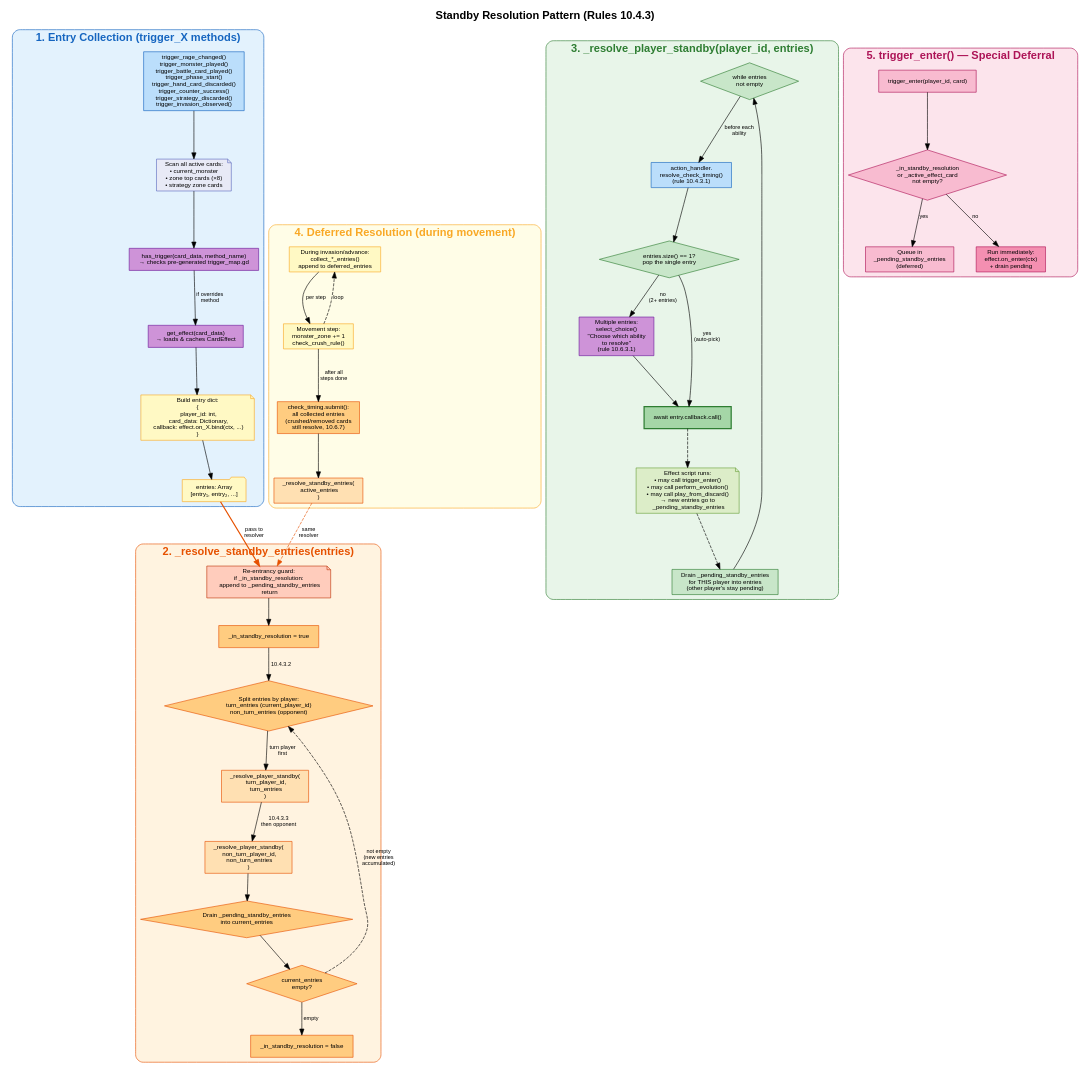
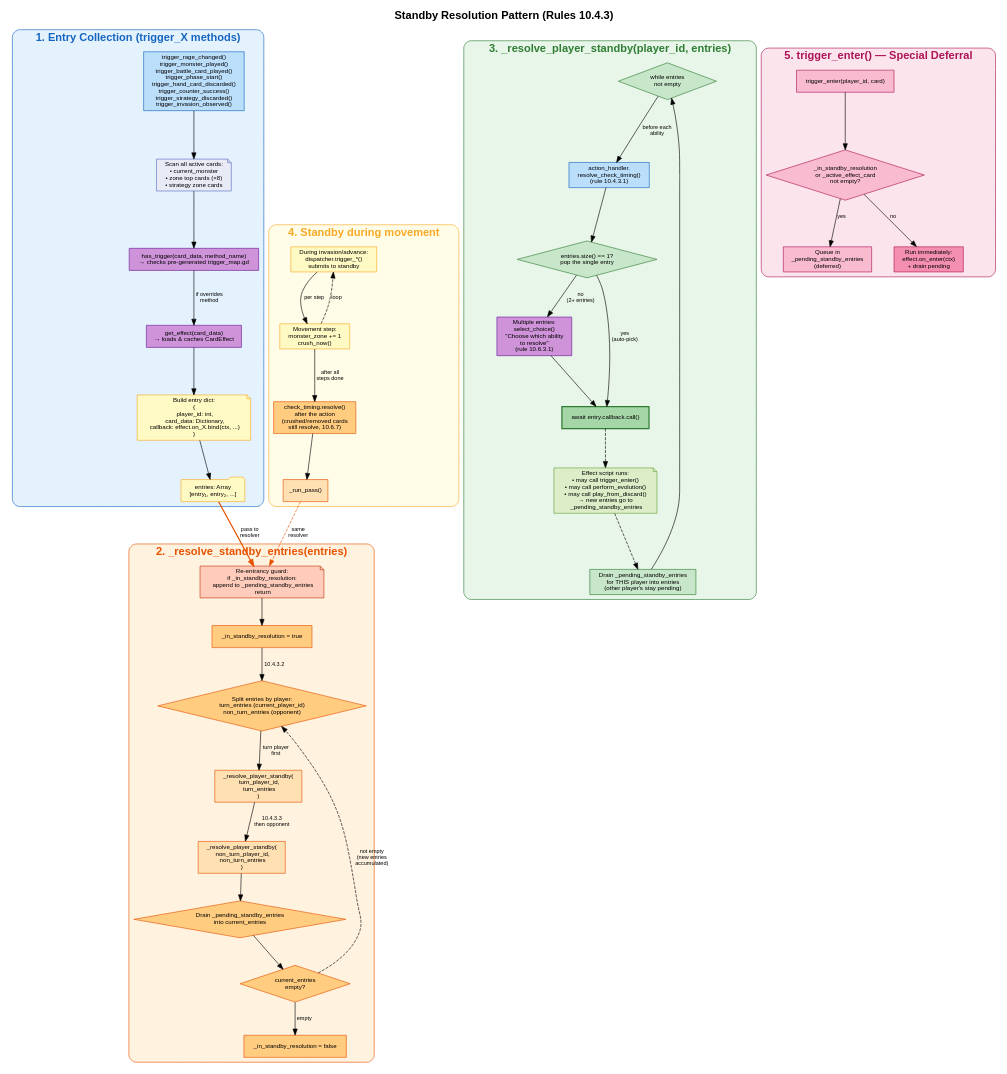
The diagram in docs/graphs/standby_resolution.dot (hunterdurbin/godzilla-sim), drawn with Graphviz before and after one commit. The commit also changed 39 other files, not shown here.

First line of the commit message:
Operations submit their own Standby; the dispatcher only takes reports (#286)

```diff
--- a/docs/graphs/standby_resolution.dot
+++ b/docs/graphs/standby_resolution.dot
@@ -1,158 +1,158 @@
 digraph standby_resolution {
     rankdir=TB
     label="Standby Resolution Pattern (Rules 10.4.3)"
     labelloc=t
     fontsize=18
     fontname="Helvetica-Bold"
     bgcolor="white"
     nodesep=0.5
     ranksep=0.6
 
     node [fontname="Helvetica" fontsize=10 style=filled shape=box]
     edge [fontname="Helvetica" fontsize=9]
 
     // ════════════════════════════════════════
     //  ENTRY: trigger_X collects entries
     // ════════════════════════════════════════
     subgraph cluster_collection {
         label="1. Entry Collection (trigger_X methods)"
         style=rounded
         color="#1565C0"
         fontcolor="#1565C0"
         bgcolor="#E3F2FD"
 
         trigger_x [label="trigger_rage_changed()\ntrigger_monster_played()\ntrigger_battle_card_played()\ntrigger_phase_start()\ntrigger_hand_card_discarded()\ntrigger_counter_success()\ntrigger_strategy_discarded()\ntrigger_invasion_observed()" fillcolor="#BBDEFB" color="#1565C0"]
 
         scan [label="Scan all active cards:\n• current_monster\n• zone top cards (×8)\n• strategy zone cards" shape=note fillcolor="#E8EAF6" color="#5C6BC0"]
 
         has_trigger [label="has_trigger(card_data, method_name)\n→ checks pre-generated trigger_map.gd" fillcolor="#CE93D8" color="#6A1B9A"]
 
         get_effect [label="get_effect(card_data)\n→ loads & caches CardEffect" fillcolor="#CE93D8" color="#6A1B9A"]
 
         build_entry [label="Build entry dict:\n{\n  player_id: int,\n  card_data: Dictionary,\n  callback: effect.on_X.bind(ctx, ...)\n}" shape=note fillcolor="#FFF9C4" color="#F9A825"]
 
         entries_arr [label="entries: Array\n[entry₁, entry₂, ...]" fillcolor="#FFF9C4" color="#F9A825" shape=folder]
 
         trigger_x -> scan -> has_trigger
         has_trigger -> get_effect [label="if overrides\nmethod"]
         get_effect -> build_entry -> entries_arr
     }
 
     // ════════════════════════════════════════
     //  RESOLVE STANDBY ENTRIES
     // ════════════════════════════════════════
     subgraph cluster_resolve {
         label="2. _resolve_standby_entries(entries)"
         style=rounded
         color="#E65100"
         fontcolor="#E65100"
         bgcolor="#FFF3E0"
 
         guard [label="Re-entrancy guard:\nif _in_standby_resolution:\n  append to _pending_standby_entries\n  return" fillcolor="#FFCCBC" color="#BF360C" shape=note]
 
         set_flag [label="_in_standby_resolution = true" fillcolor="#FFCC80" color="#E65100"]
 
         split [label="Split entries by player:\nturn_entries (current_player_id)\nnon_turn_entries (opponent)" fillcolor="#FFCC80" color="#E65100" shape=diamond]
 
         resolve_turn [label="_resolve_player_standby(\n  turn_player_id,\n  turn_entries\n)" fillcolor="#FFE0B2" color="#E65100"]
 
         resolve_non [label="_resolve_player_standby(\n  non_turn_player_id,\n  non_turn_entries\n)" fillcolor="#FFE0B2" color="#E65100"]
 
         drain [label="Drain _pending_standby_entries\ninto current_entries" fillcolor="#FFCC80" color="#E65100" shape=diamond]
 
         loop_check [label="current_entries\nempty?" fillcolor="#FFCC80" color="#E65100" shape=diamond]
 
         clear_flag [label="_in_standby_resolution = false" fillcolor="#FFCC80" color="#E65100"]
 
         guard -> set_flag
         set_flag -> split [label="10.4.3.2"]
         split -> resolve_turn [label="turn player\nfirst"]
         resolve_turn -> resolve_non [label="10.4.3.3\nthen opponent"]
         resolve_non -> drain
         drain -> loop_check
         loop_check -> split [label="not empty\n(new entries\naccumulated)" style=dashed]
         loop_check -> clear_flag [label="empty"]
     }
 
     // ════════════════════════════════════════
     //  RESOLVE PLAYER STANDBY
     // ════════════════════════════════════════
     subgraph cluster_player {
         label="3. _resolve_player_standby(player_id, entries)"
         style=rounded
         color="#2E7D32"
         fontcolor="#2E7D32"
         bgcolor="#E8F5E9"
 
         while_loop [label="while entries\nnot empty" fillcolor="#C8E6C9" color="#2E7D32" shape=diamond]
 
         check_timing [label="action_handler.\nresolve_check_timing()\n(rule 10.4.3.1)" fillcolor="#BBDEFB" color="#1565C0"]
 
         one_entry [label="entries.size() == 1?\npop the single entry" fillcolor="#C8E6C9" color="#2E7D32" shape=diamond]
 
         choose [label="Multiple entries:\nselect_choice()\n\"Choose which ability\nto resolve\"\n(rule 10.6.3.1)" fillcolor="#CE93D8" color="#6A1B9A"]
 
         execute [label="await entry.callback.call()" fillcolor="#A5D6A7" color="#2E7D32" penwidth=2]
 
         effect_runs [label="Effect script runs:\n• may call trigger_enter()\n• may call perform_evolution()\n• may call play_from_discard()\n→ new entries go to\n  _pending_standby_entries" shape=note fillcolor="#DCEDC8" color="#689F38"]
 
         drain_same [label="Drain _pending_standby_entries\nfor THIS player into entries\n(other player's stay pending)" fillcolor="#C8E6C9" color="#2E7D32"]
 
         while_loop -> check_timing [label="before each\nability"]
         check_timing -> one_entry
         one_entry -> execute [label="yes\n(auto-pick)"]
         one_entry -> choose [label="no\n(2+ entries)"]
         choose -> execute
         execute -> effect_runs [style=dashed]
         effect_runs -> drain_same [style=dashed]
         drain_same -> while_loop
     }
 
     // ════════════════════════════════════════
     //  DEFERRED RESOLUTION (movement)
     // ════════════════════════════════════════
     subgraph cluster_deferred {
-        label="4. Deferred Resolution (during movement)"
+        label="4. Standby during movement"
         style=rounded
         color="#F9A825"
         fontcolor="#F9A825"
         bgcolor="#FFFDE7"
 
-        collect [label="During invasion/advance:\ncollect_*_entries()\nappend to deferred_entries" fillcolor="#FFF9C4" color="#F9A825"]
+        collect [label="During invasion/advance:\ndispatcher.trigger_*()\nsubmits to standby" fillcolor="#FFF9C4" color="#F9A825"]
 
-        movement [label="Movement step:\nmonster_zone += 1\ncheck_crush_rule()" fillcolor="#FFF9C4" color="#F9A825"]
+        movement [label="Movement step:\nmonster_zone += 1\ncrush_now()" fillcolor="#FFF9C4" color="#F9A825"]
 
-        filter [label="check_timing.submit():\nall collected entries\n(crushed/removed cards\nstill resolve, 10.6.7)" fillcolor="#FFCC80" color="#E65100"]
+        filter [label="check_timing.resolve()\nafter the action\n(crushed/removed cards\nstill resolve, 10.6.7)" fillcolor="#FFCC80" color="#E65100"]
 
-        to_standby [label="_resolve_standby_entries(\n  active_entries\n)" fillcolor="#FFE0B2" color="#E65100"]
+        to_standby [label="_run_pass()" fillcolor="#FFE0B2" color="#E65100"]
 
         collect -> movement [label="per step"]
         movement -> collect [label="loop" style=dashed]
         movement -> filter [label="after all\nsteps done"]
         filter -> to_standby
     }
 
     // ════════════════════════════════════════
     //  TRIGGER_ENTER special case
     // ════════════════════════════════════════
     subgraph cluster_enter {
         label="5. trigger_enter() — Special Deferral"
         style=rounded
         color="#AD1457"
         fontcolor="#AD1457"
         bgcolor="#FCE4EC"
 
         enter_check [label="trigger_enter(player_id, card)" fillcolor="#F8BBD0" color="#AD1457"]
         in_standby [label="_in_standby_resolution\nor _active_effect_card\nnot empty?" fillcolor="#F8BBD0" color="#AD1457" shape=diamond]
         defer_enter [label="Queue in\n_pending_standby_entries\n(deferred)" fillcolor="#F8BBD0" color="#AD1457"]
         run_enter [label="Run immediately:\neffect.on_enter(ctx)\n+ drain pending" fillcolor="#F48FB1" color="#AD1457"]
 
         enter_check -> in_standby
         in_standby -> defer_enter [label="yes"]
         in_standby -> run_enter [label="no"]
     }
 
     // ── Flow connections ──
     entries_arr -> guard [label="pass to\nresolver" penwidth=2 color="#E65100"]
     to_standby -> guard [label="same\nresolver" style=dashed color="#E65100"]
 }
```
